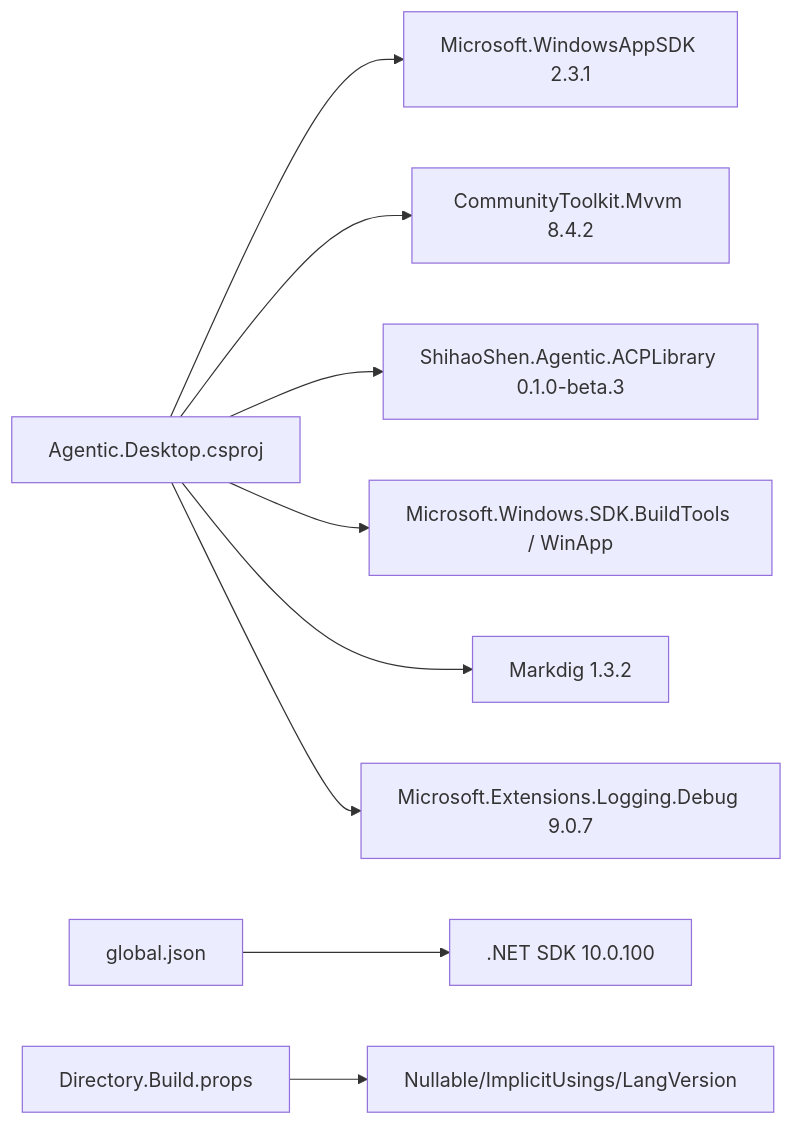
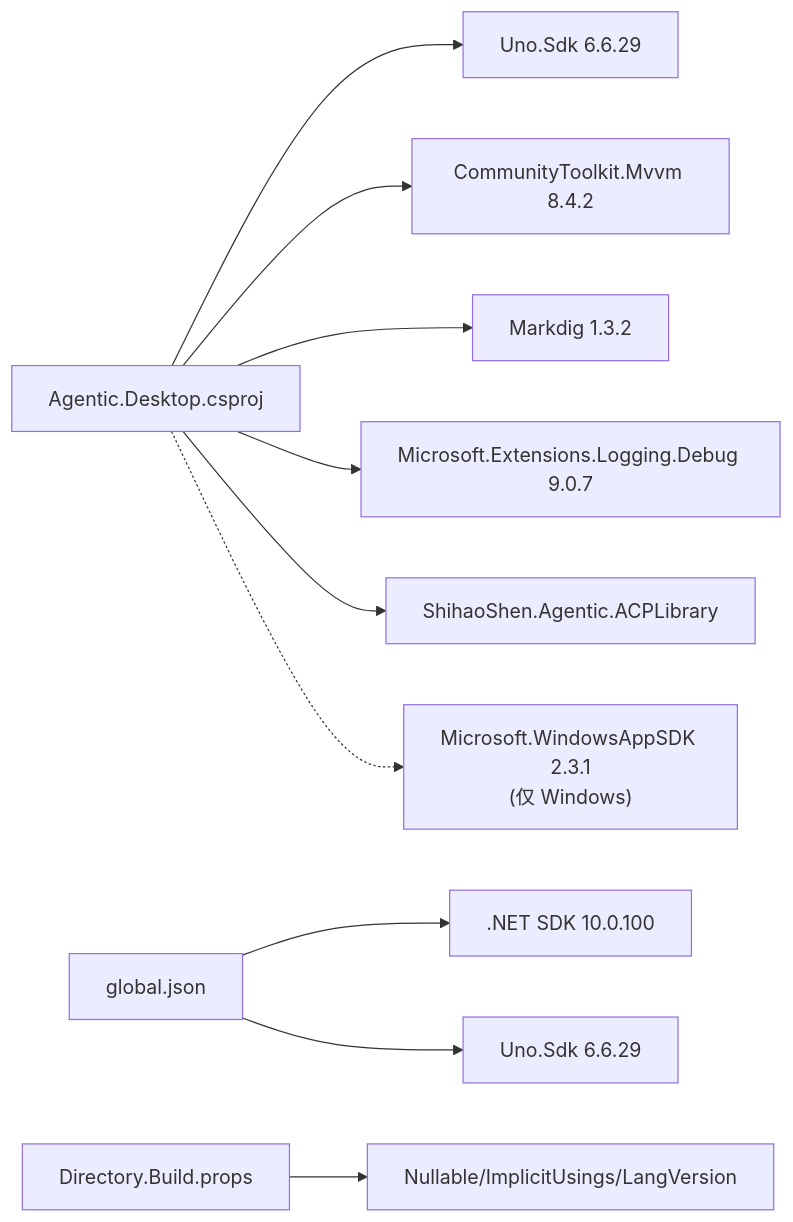
The fifth of 5 diagrams in .qoder/repowiki/zh/content/开发指南/环境搭建.md (AgenticDesktop/App), drawn with Mermaid before and after one commit. The commit also changed other lines of this file and 108 other files, not shown here.

First line of the commit message:
Add support for Uno Desktop and WinUI 3 build scripts

````diff
--- a/.qoder/repowiki/zh/content/开发指南/环境搭建.md
+++ b/.qoder/repowiki/zh/content/开发指南/环境搭建.md
@@ -260,11 +295,12 @@
 ```mermaid
 graph LR
-CSProj["Agentic.Desktop.csproj"] --> WAP["Microsoft.WindowsAppSDK 2.3.1"]
+CSProj["Agentic.Desktop.csproj"] --> Uno["Uno.Sdk 6.6.29"]
 CSProj --> MVVM["CommunityToolkit.Mvvm 8.4.2"]
-CSProj --> ACP["ShihaoShen.Agentic.ACPLibrary 0.1.0-beta.3"]
-CSProj --> Tools["Microsoft.Windows.SDK.BuildTools / WinApp"]
 CSProj --> MD["Markdig 1.3.2"]
 CSProj --> Log["Microsoft.Extensions.Logging.Debug 9.0.7"]
-Global["global.json"] --> SDK[".NET SDK 10.0.100"]
+CSProj --> ACP["ShihaoShen.Agentic.ACPLibrary"]
+CSProj -.-> WinSDK["Microsoft.WindowsAppSDK 2.3.1<br/>(仅 Windows)"]
+Global["global.json"] --> DotNet[".NET SDK 10.0.100"]
+Global --> UnoSDK["Uno.Sdk 6.6.29"]
 BuildProps["Directory.Build.props"] --> Cfg["Nullable/ImplicitUsings/LangVersion"]
 ```
````
